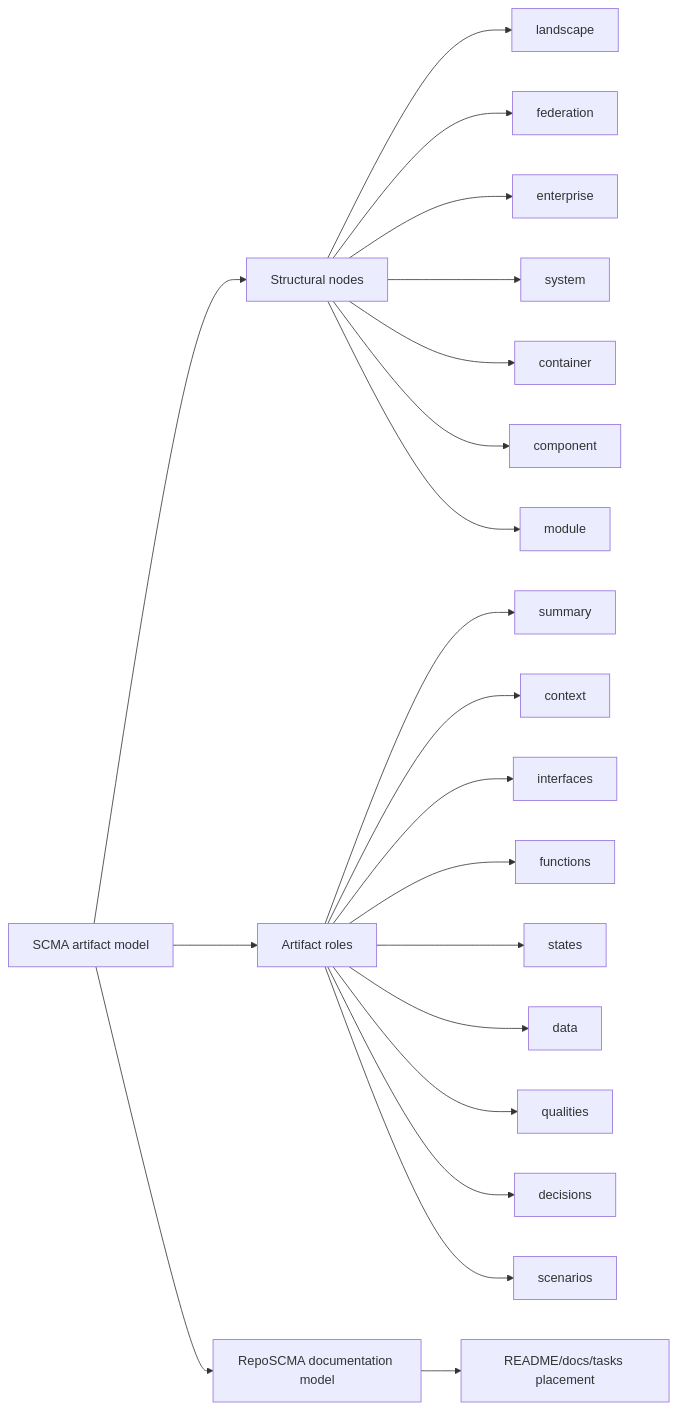
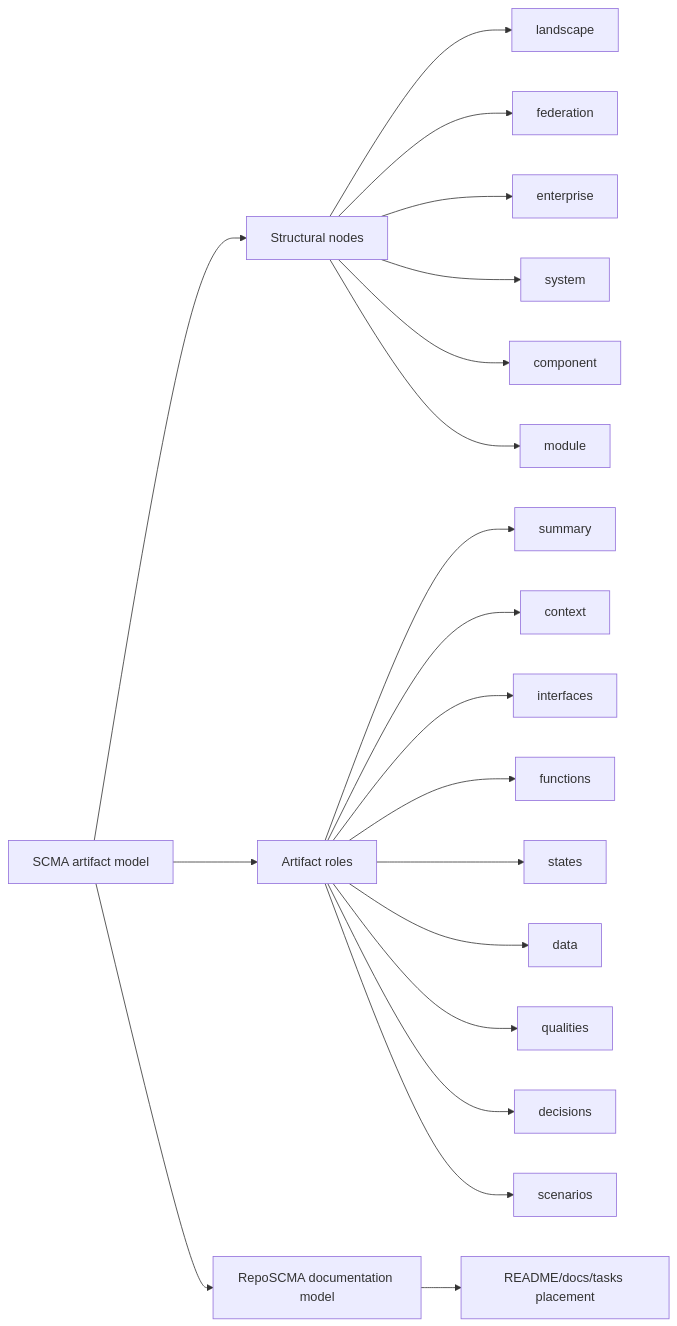
The first of 4 diagrams in index.md (jkassis/reposcma), drawn with Mermaid before and after one commit. The commit also changed other lines of this file and 2 other files, not shown here.

````diff
--- a/index.md
+++ b/index.md
@@ -66,23 +65,22 @@
 ```mermaid
 flowchart LR
   SCMA["SCMA artifact model"] --> Nodes["Structural nodes"]
   SCMA --> Artifacts["Artifact roles"]
   Nodes --> Landscape["landscape"]
   Nodes --> Federation["federation"]
   Nodes --> Enterprise["enterprise"]
   Nodes --> System["system"]
-  Nodes --> Container["container"]
   Nodes --> Component["component"]
   Nodes --> Module["module"]
   Artifacts --> Summary["summary"]
   Artifacts --> Context["context"]
   Artifacts --> Interfaces["interfaces"]
   Artifacts --> Functions["functions"]
   Artifacts --> States["states"]
   Artifacts --> Data["data"]
   Artifacts --> Qualities["qualities"]
   Artifacts --> Decisions["decisions"]
   Artifacts --> Scenarios["scenarios"]
   RepoSCMA["RepoSCMA documentation model"] --> Placement["README/docs/tasks placement"]
   SCMA --> RepoSCMA
 ```
````
